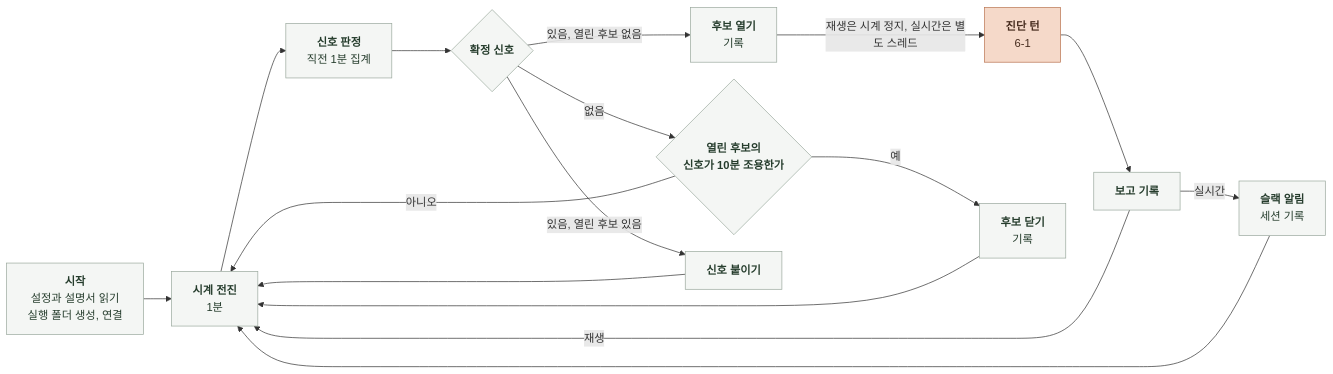
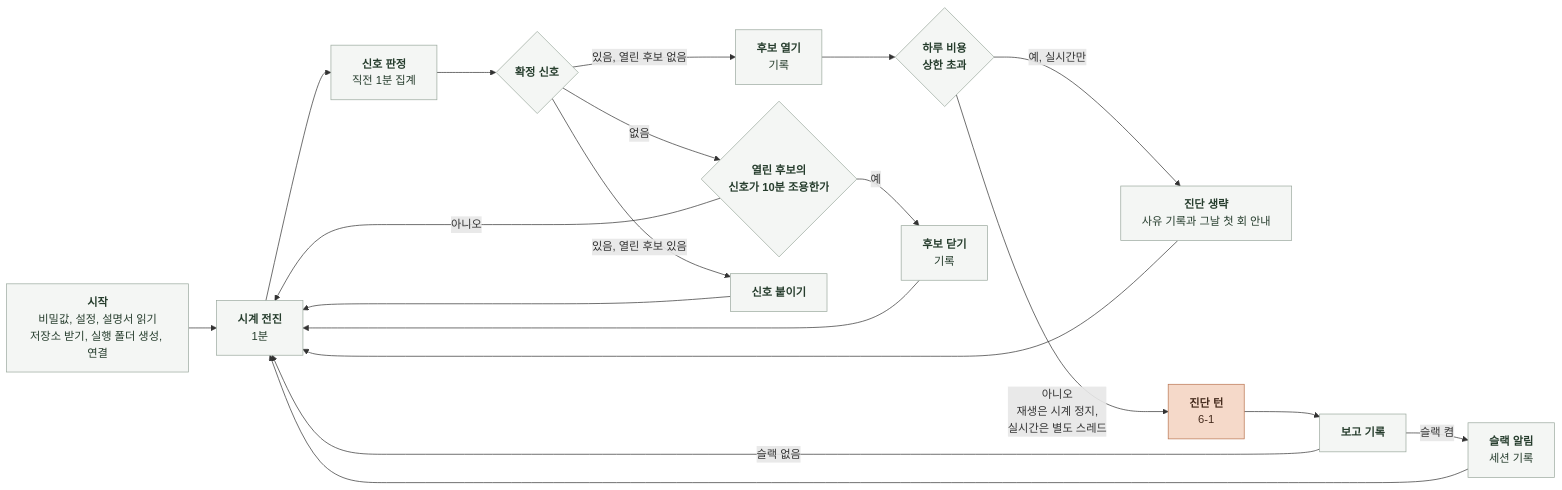
One commit to KIM-N-KANG/knk-harness changed the first of 2 diagrams in docs/domain/OBSERVABILITY/AI/6-2-SOFTWARE-IMPLEMENTATION.md. Above: the diagram before and after it, drawn with Mermaid. The commit also changed other lines of this file and 18 other files, not shown here.

````diff
--- a/docs/domain/OBSERVABILITY/AI/6-2-SOFTWARE-IMPLEMENTATION.md
+++ b/docs/domain/OBSERVABILITY/AI/6-2-SOFTWARE-IMPLEMENTATION.md
@@ -13,32 +13,39 @@
 ```mermaid
 %%{init: {"flowchart": {"curve": "basis", "nodeSpacing": 24, "rankSpacing": 40}}}%%
 flowchart LR
     S["`**시작**
-설정과 설명서 읽기
-실행 폴더 생성, 연결`"] --> C["`**시계 전진**
+비밀값, 설정, 설명서 읽기
+저장소 받기, 실행 폴더 생성, 연결`"] --> C["`**시계 전진**
 1분`"]
     C --> D["`**신호 판정**
 직전 1분 집계`"]
     D --> K{"`**확정 신호**`"}
     K -->|"`없음`"| X{"`**열린 후보의
 신호가 10분 조용한가**`"}
     K -->|"`있음, 열린 후보 없음`"| N["`**후보 열기**
 기록`"]
     K -->|"`있음, 열린 후보 있음`"| A["`**신호 붙이기**`"]
-    N -->|"`재생은 시계 정지, 실시간은 별도 스레드`"| G["`**진단 턴**
+    N --> B{"`**하루 비용
+상한 초과**`"}
+    B -->|"`예, 실시간만`"| SK["`**진단 생략**
+사유 기록과 그날 첫 회 안내`"]
+    B -->|"`아니오
+재생은 시계 정지,
+실시간은 별도 스레드`"| G["`**진단 턴**
 6-1`"]
     G --> W["`**보고 기록**`"]
-    W -->|"`실시간`"| L["`**슬랙 알림**
+    W -->|"`슬랙 켬`"| L["`**슬랙 알림**
 세션 기록`"]
-    W -->|"`재생`"| C
+    W -->|"`슬랙 없음`"| C
     L --> C
+    SK --> C
     A --> C
     X -->|"`예`"| Z["`**후보 닫기**
 기록`"]
     X -->|"`아니오`"| C
     Z --> C
     classDef model fill:#F5D9C9,stroke:#B97450,color:#452B1D
     classDef code fill:#F4F6F4,stroke:#9BA99E,color:#253C2C
     class G model
-    class S,C,D,K,X,N,A,W,Z,L code
+    class S,C,D,K,X,N,A,B,SK,W,Z,L code
 ```
````
